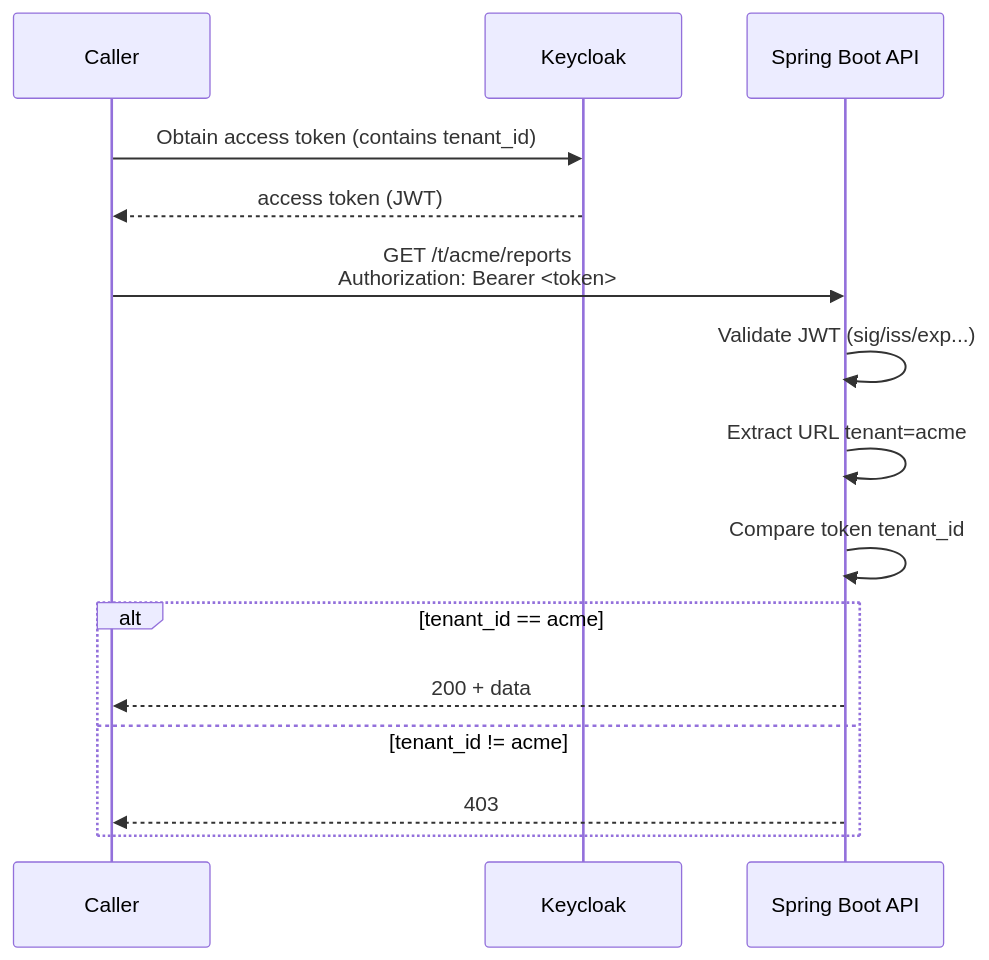
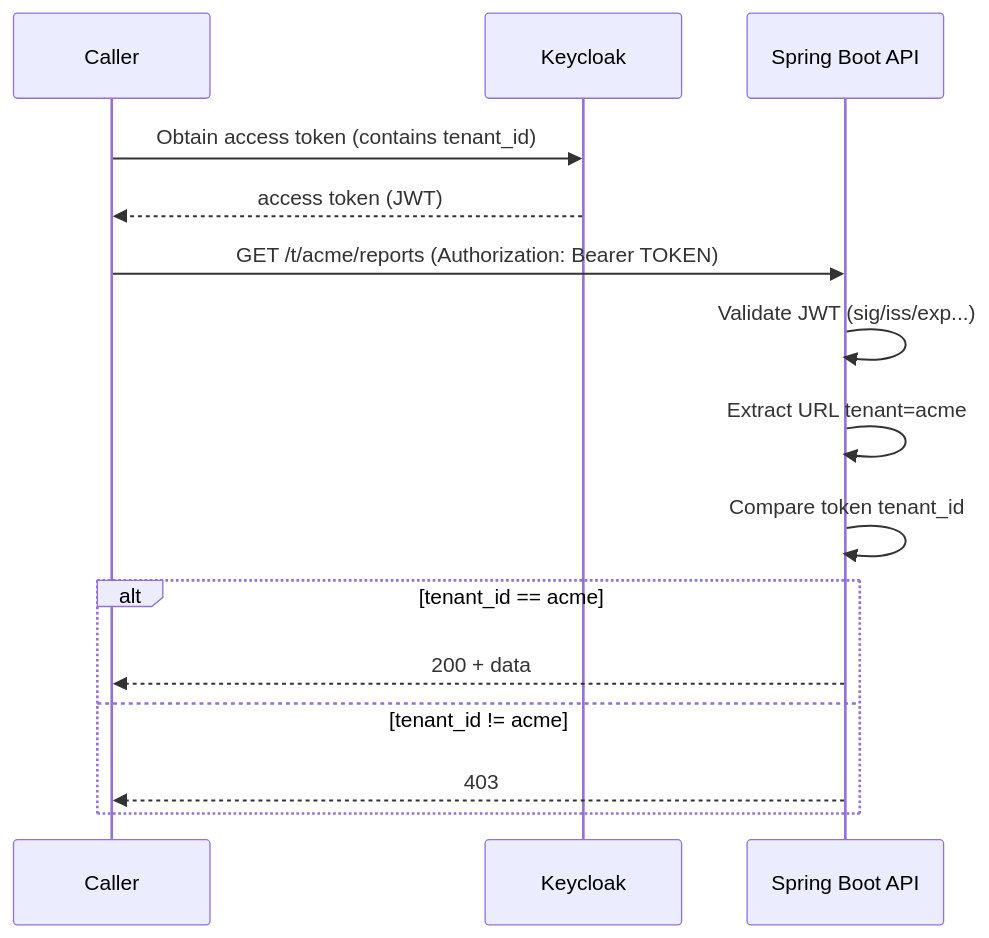
Before and after one commit to Gary-GaGa/learning: the diagram in keycloak/docs/en/02-multi-tenancy-url-path.md, drawn with Mermaid. The commit also changed 1 other file, not shown here.

Commit message:
Fix Mermaid sequenceDiagram text for GitHub (remove <token> / line breaks)

````diff
--- a/keycloak/docs/en/02-multi-tenancy-url-path.md
+++ b/keycloak/docs/en/02-multi-tenancy-url-path.md
@@ -28,18 +28,18 @@
 ```mermaid
 sequenceDiagram
   participant U as Caller
   participant KC as Keycloak
   participant API as Spring Boot API
 
   U->>KC: Obtain access token (contains tenant_id)
   KC-->>U: access token (JWT)
-  U->>API: GET /t/acme/reports<br/>Authorization: Bearer <token>
+  U->>API: GET /t/acme/reports (Authorization: Bearer TOKEN)
   API->>API: Validate JWT (sig/iss/exp...)
   API->>API: Extract URL tenant=acme
   API->>API: Compare token tenant_id
   alt tenant_id == acme
     API-->>U: 200 + data
   else tenant_id != acme
     API-->>U: 403
   end
 ```
````
